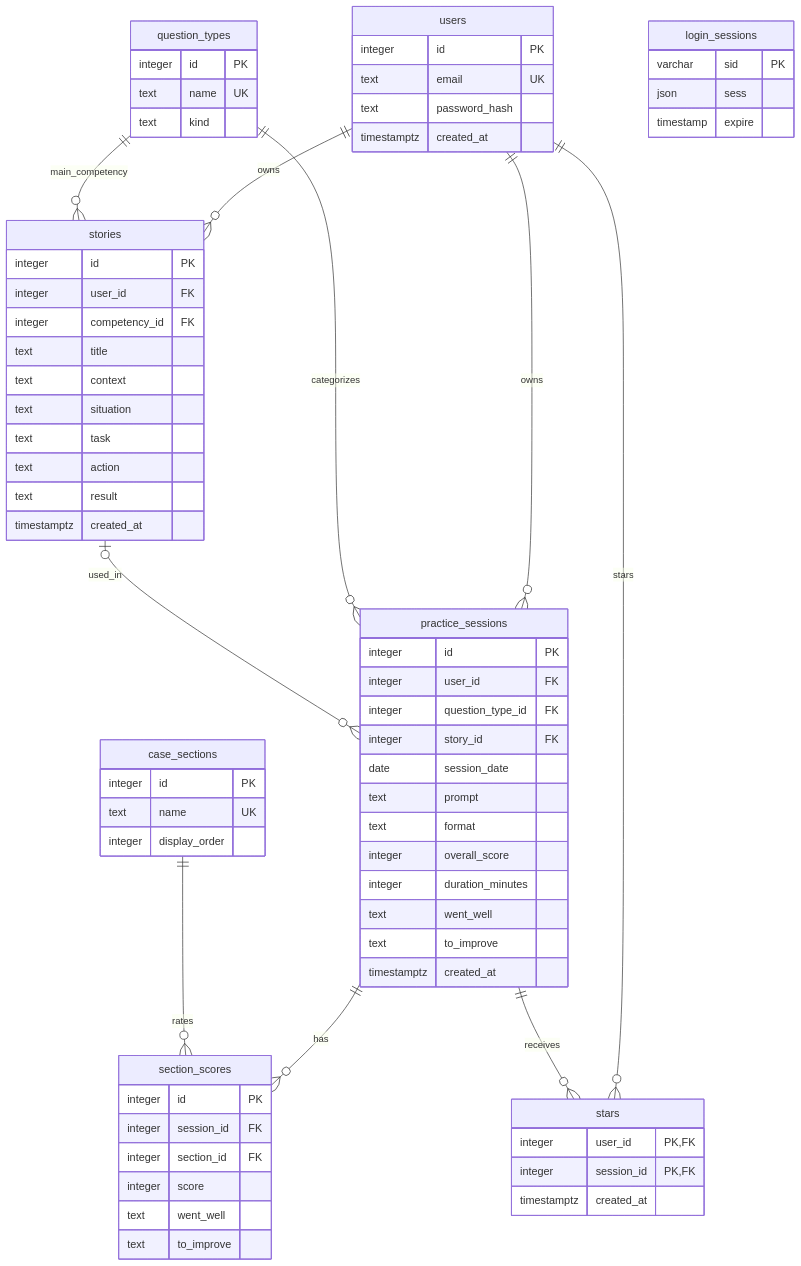
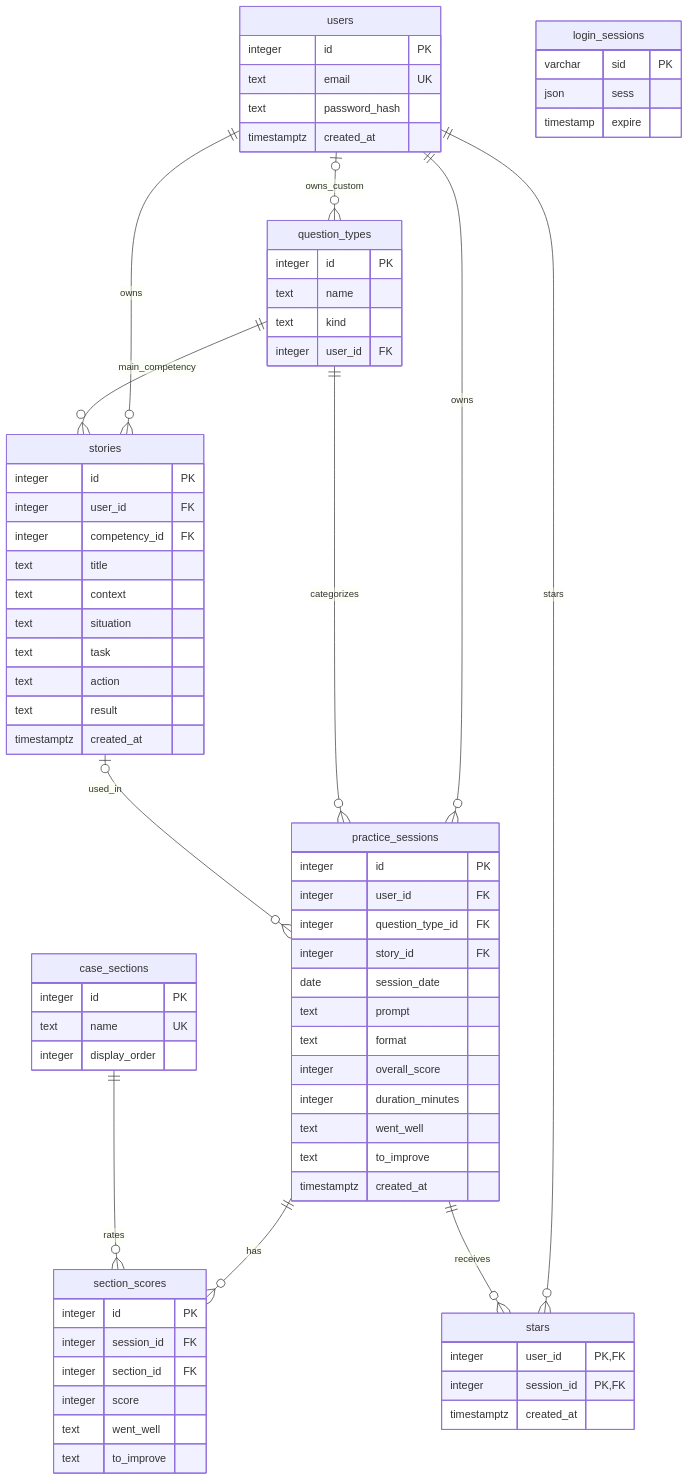
The diagram in schema.md (dshimada98/interviewprep), drawn with Mermaid before and after one commit. The commit also changed other lines of this file and 23 other files, not shown here.

First line of the commit message:
Update server schema and integrate practice session question types

````diff
--- a/schema.md
+++ b/schema.md
@@ -94,72 +104,74 @@
 ```mermaid
 erDiagram
     users ||--o{ practice_sessions : owns
     question_types ||--o{ practice_sessions : categorizes
     users ||--o{ stories : owns
     question_types ||--o{ stories : main_competency
+    users |o--o{ question_types : owns_custom
     stories |o--o{ practice_sessions : used_in
     practice_sessions ||--o{ section_scores : has
     case_sections ||--o{ section_scores : rates
     users ||--o{ stars : stars
     practice_sessions ||--o{ stars : receives
     users {
         integer id PK
         text email UK
         text password_hash
         timestamptz created_at
     }
     question_types {
         integer id PK
-        text name UK
+        text name
         text kind
+        integer user_id FK
     }
     practice_sessions {
         integer id PK
         integer user_id FK
         integer question_type_id FK
         integer story_id FK
         date session_date
         text prompt
         text format
         integer overall_score
         integer duration_minutes
         text went_well
         text to_improve
         timestamptz created_at
     }
     case_sections {
         integer id PK
         text name UK
         integer display_order
     }
     section_scores {
         integer id PK
         integer session_id FK
         integer section_id FK
         integer score
         text went_well
         text to_improve
     }
     login_sessions {
         varchar sid PK
         json sess
         timestamp expire
     }
     stars {
         integer user_id PK,FK
         integer session_id PK,FK
         timestamptz created_at
     }
     stories {
         integer id PK
         integer user_id FK
         integer competency_id FK
         text title
         text context
         text situation
         text task
         text action
         text result
         timestamptz created_at
     }
 ```
````
